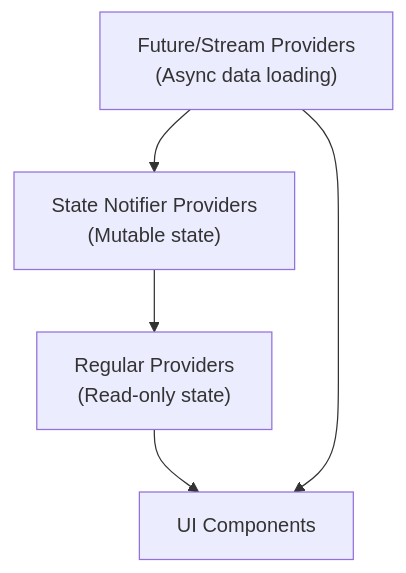
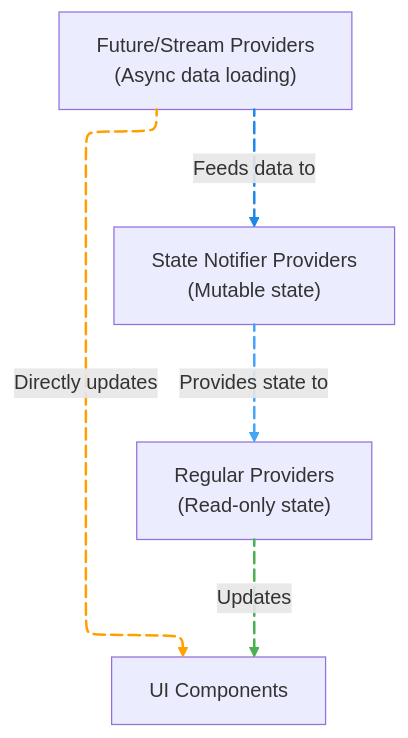
Before and after one commit to GeniusSystems24/genius_store: the second of 2 diagrams in lib/presentation/README.md, drawn with Mermaid. The commit also changed other lines of this file and 60 other files, not shown here.

Commit message:
- add animations to diagrams.

````diff
--- a/lib/presentation/README.md
+++ b/lib/presentation/README.md
@@ -82,7 +97,22 @@
 ```mermaid
+---
+config:
+  look: classic
+  layout: elk
+---
 flowchart TD
-    FP["Future/Stream Providers\n(Async data loading)"] --> SP["State Notifier Providers\n(Mutable state)"]
-    SP --> P["Regular Providers\n(Read-only state)"]
-    P --> UI["UI Components"]
-    FP --> UI
+    FP["Future/Stream Providers\n(Async data loading)"] L_FP_SP_0@--> |Feeds data to| SP["State Notifier Providers\n(Mutable state)"]
+    SP L_SP_P_0@--> |Provides state to| P["Regular Providers\n(Read-only state)"]
+    P L_P_UI_0@--> |Updates| UI["UI Components"]
+    FP L_FP_UI_0@--> |Directly updates| UI
+    
+    linkStyle 0 stroke:#1E88E5,fill:none,stroke-width:2px
+    linkStyle 1 stroke:#42A5F5,fill:none,stroke-width:2px
+    linkStyle 2 stroke:#4CAF50,fill:none,stroke-width:2px
+    linkStyle 3 stroke:#FFA000,fill:none,stroke-width:2px
+    
+    L_FP_SP_0@{ animation: fast }
+    L_SP_P_0@{ animation: fast } 
+    L_P_UI_0@{ animation: fast } 
+    L_FP_UI_0@{ animation: fast }
 ```
````
